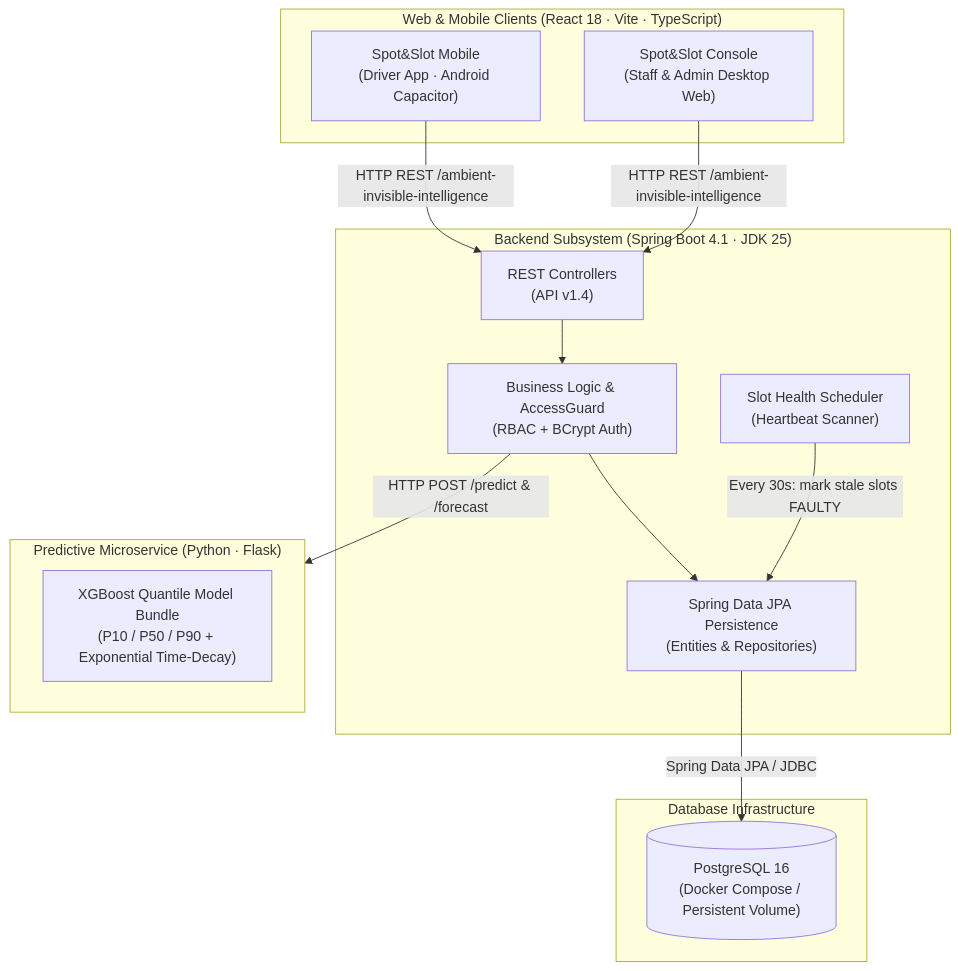
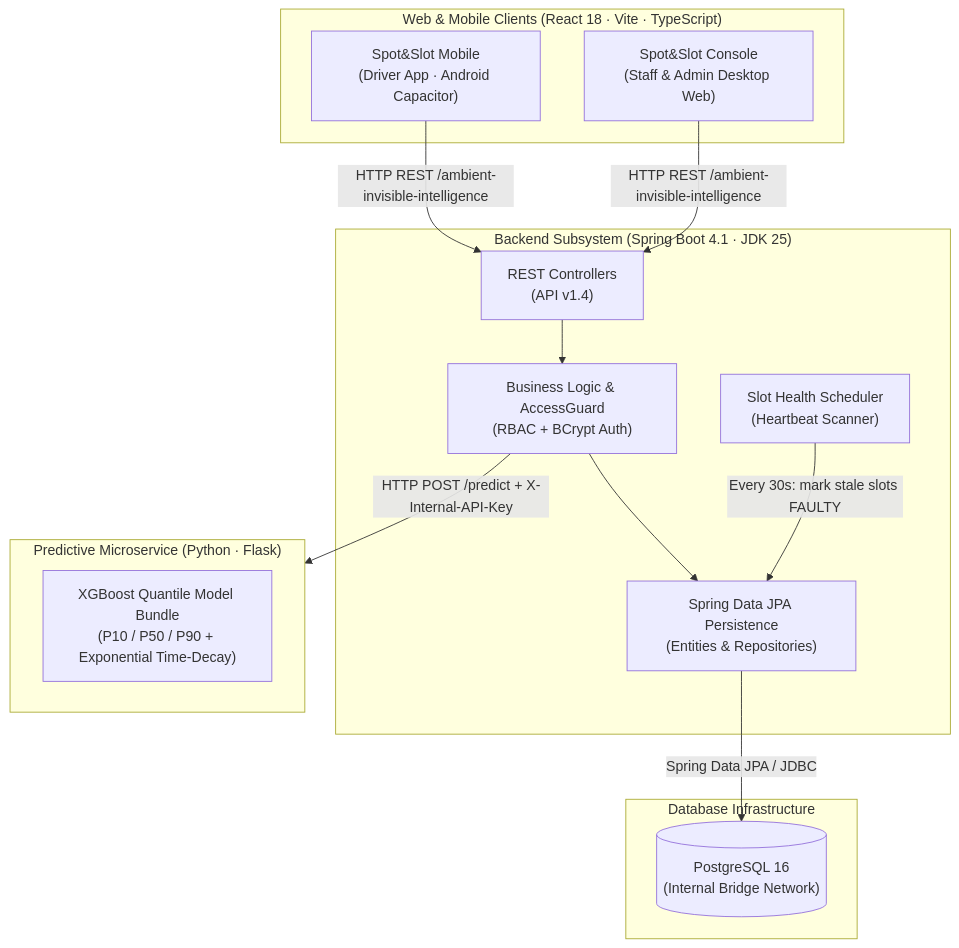
Before and after one commit to AsayagOmer/SpotAndSlot: the diagram in README.md, drawn with Mermaid. The commit also changed other lines of this file and 5 other files, not shown here.

Commit message:
sec: add service-to-service API key auth and Docker internal network isolation

````diff
--- a/README.md
+++ b/README.md
@@ -34,30 +34,30 @@
 ```mermaid
 flowchart TD
     subgraph Clients["Web & Mobile Clients (React 18 · Vite · TypeScript)"]
         Mobile["Spot&Slot Mobile<br/>(Driver App · Android Capacitor)"]
         Console["Spot&Slot Console<br/>(Staff & Admin Desktop Web)"]
     end
 
     subgraph Backend["Backend Subsystem (Spring Boot 4.1 · JDK 25)"]
         Controllers["REST Controllers<br/>(API v1.4)"]
         Logic["Business Logic & AccessGuard<br/>(RBAC + BCrypt Auth)"]
         Persistence["Spring Data JPA Persistence<br/>(Entities & Repositories)"]
         HealthScheduler["Slot Health Scheduler<br/>(Heartbeat Scanner)"]
     end
 
     subgraph MLService["Predictive Microservice (Python · Flask)"]
         Model["XGBoost Quantile Model Bundle<br/>(P10 / P50 / P90 + Exponential Time-Decay)"]
     end
 
     subgraph Storage["Database Infrastructure"]
-        Postgres[("PostgreSQL 16<br/>(Docker Compose / Persistent Volume)")]
+        Postgres[("PostgreSQL 16<br/>(Internal Bridge Network)")]
     end
 
     Mobile -->|HTTP REST /ambient-invisible-intelligence| Controllers
     Console -->|HTTP REST /ambient-invisible-intelligence| Controllers
     Controllers --> Logic
     Logic --> Persistence
-    Logic -->|HTTP POST /predict & /forecast| MLService
+    Logic -->|HTTP POST /predict + X-Internal-API-Key| MLService
     Persistence -->|Spring Data JPA / JDBC| Postgres
     HealthScheduler -->|Every 30s: mark stale slots FAULTY| Persistence
 ```
````
